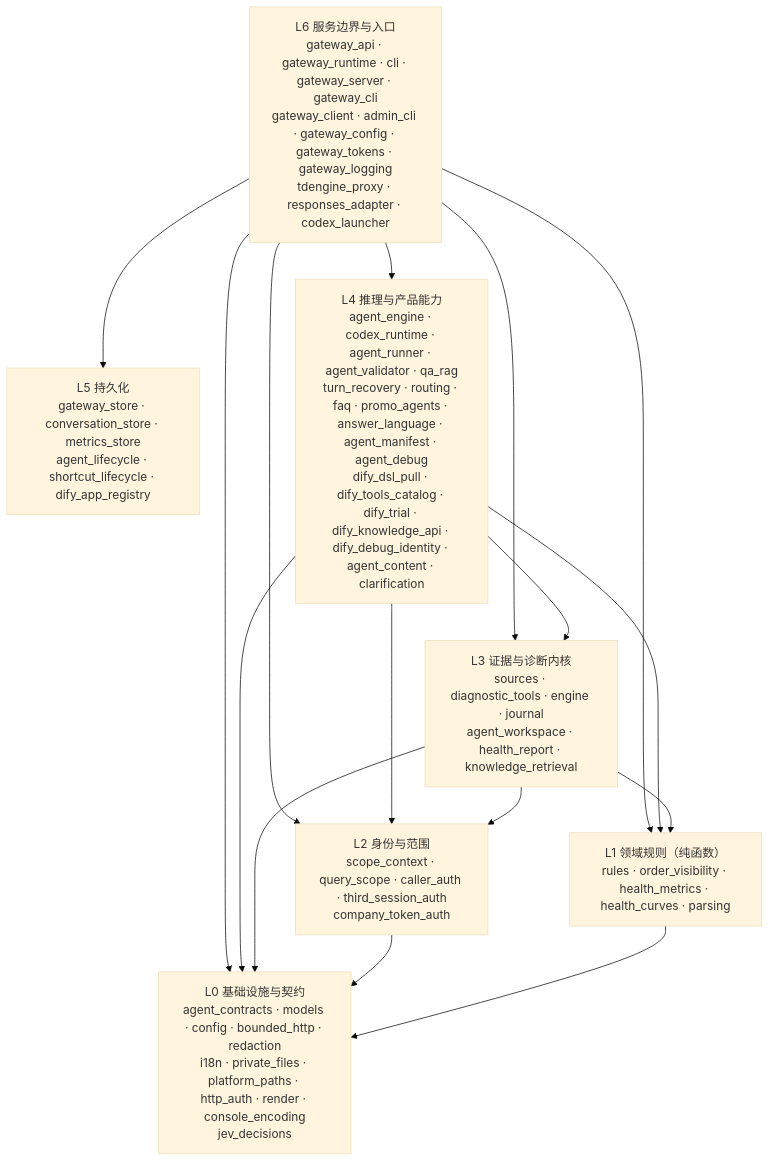
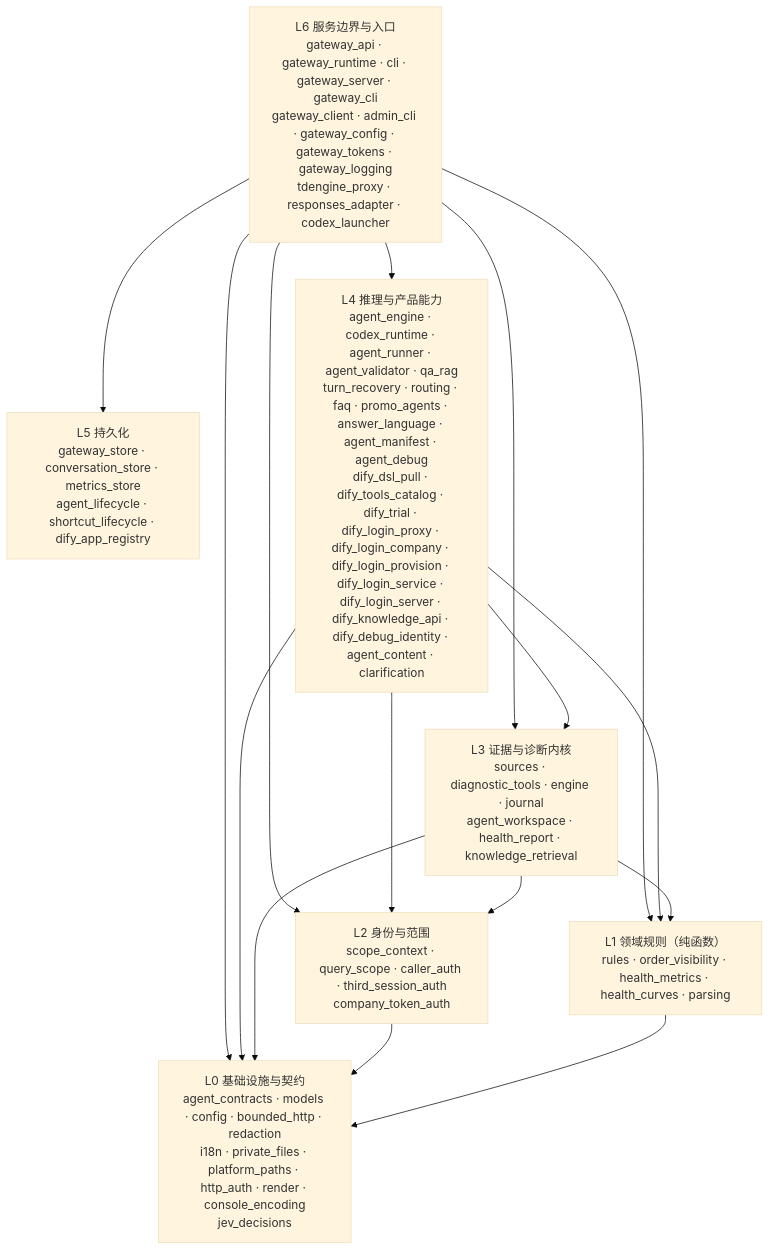
One commit to kilbertert/AI-Ops changed the diagram in README.md. Above: the diagram before and after it, drawn with Mermaid (base theme). The commit also changed other lines of this file and 18 other files, not shown here.

````diff
--- a/README.md
+++ b/README.md
@@ -183,26 +183,26 @@
 ```mermaid
 flowchart TB
     L6["L6 服务边界与入口<br/>gateway_api · gateway_runtime · cli · gateway_server · gateway_cli<br/>gateway_client · admin_cli · gateway_config · gateway_tokens · gateway_logging<br/>tdengine_proxy · responses_adapter · codex_launcher"]
     L5["L5 持久化<br/>gateway_store · conversation_store · metrics_store<br/>agent_lifecycle · shortcut_lifecycle · dify_app_registry"]
-    L4["L4 推理与产品能力<br/>agent_engine · codex_runtime · agent_runner · agent_validator · qa_rag<br/>turn_recovery · routing · faq · promo_agents · answer_language · agent_manifest · agent_debug<br/>dify_dsl_pull · dify_tools_catalog · dify_trial · dify_knowledge_api · dify_debug_identity · agent_content · clarification"]
+    L4["L4 推理与产品能力<br/>agent_engine · codex_runtime · agent_runner · agent_validator · qa_rag<br/>turn_recovery · routing · faq · promo_agents · answer_language · agent_manifest · agent_debug<br/>dify_dsl_pull · dify_tools_catalog · dify_trial · dify_login_proxy · dify_login_company · dify_login_provision · dify_login_service · dify_login_server · dify_knowledge_api · dify_debug_identity · agent_content · clarification"]
     L3["L3 证据与诊断内核<br/>sources · diagnostic_tools · engine · journal<br/>agent_workspace · health_report · knowledge_retrieval"]
     L2["L2 身份与范围<br/>scope_context · query_scope · caller_auth · third_session_auth<br/>company_token_auth"]
     L1["L1 领域规则（纯函数）<br/>rules · order_visibility · health_metrics · health_curves · parsing"]
     L0["L0 基础设施与契约<br/>agent_contracts · models · config · bounded_http · redaction<br/>i18n · private_files · platform_paths · http_auth · render · console_encoding<br/>jev_decisions"]
 
     L6 --> L5
     L6 --> L4
     L6 --> L3
     L6 --> L2
     L6 --> L1
     L6 --> L0
     L4 --> L3
     L4 --> L2
     L4 --> L1
     L4 --> L0
     L3 --> L2
     L3 --> L1
     L3 --> L0
     L2 --> L0
     L1 --> L0
 ```
````
